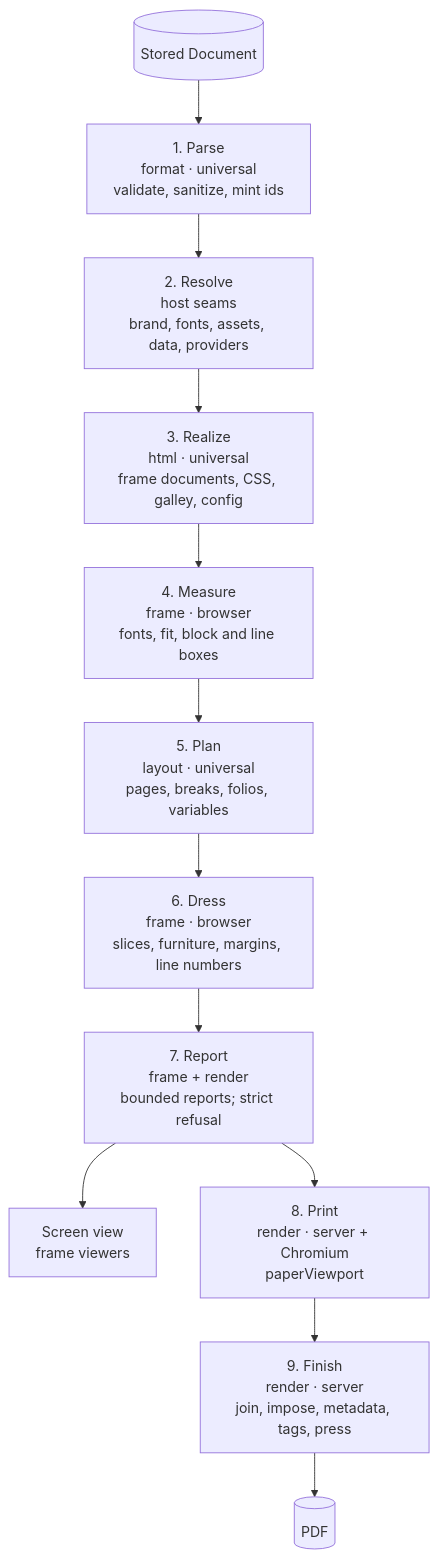
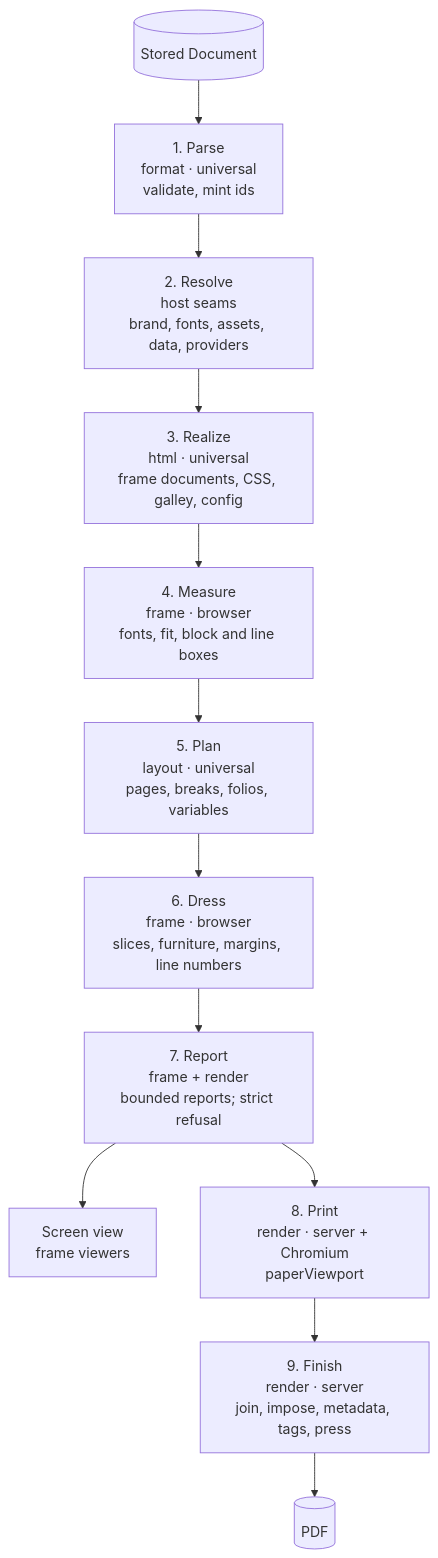
The second of 3 diagrams in docs/architecture.md (modstudio/segnavia), drawn with Mermaid before and after one commit. The commit also changed other lines of this file and 13 other files, not shown here.

````diff
--- a/docs/architecture.md
+++ b/docs/architecture.md
@@ -1700,14 +1722,14 @@
 ```mermaid
 flowchart TD
-  INPUT[(Stored Document)] --> PARSE[1. Parse<br/>format · universal<br/>validate, sanitize, mint ids]
+  INPUT[(Stored Document)] --> PARSE[1. Parse<br/>format · universal<br/>validate, mint ids]
   PARSE --> RESOLVE[2. Resolve<br/>host seams<br/>brand, fonts, assets, data, providers]
   RESOLVE --> REALIZE[3. Realize<br/>html · universal<br/>frame documents, CSS, galley, config]
   REALIZE --> MEASURE[4. Measure<br/>frame · browser<br/>fonts, fit, block and line boxes]
   MEASURE --> PLAN[5. Plan<br/>layout · universal<br/>pages, breaks, folios, variables]
   PLAN --> DRESS[6. Dress<br/>frame · browser<br/>slices, furniture, margins, line numbers]
   DRESS --> REPORT[7. Report<br/>frame + render<br/>bounded reports; strict refusal]
   REPORT --> SCREEN[Screen view<br/>frame viewers]
   REPORT --> PRINT[8. Print<br/>render · server + Chromium<br/>paperViewport]
   PRINT --> FINISH[9. Finish<br/>render · server<br/>join, impose, metadata, tags, press]
   FINISH --> PDF[(PDF)]
 ```
````
